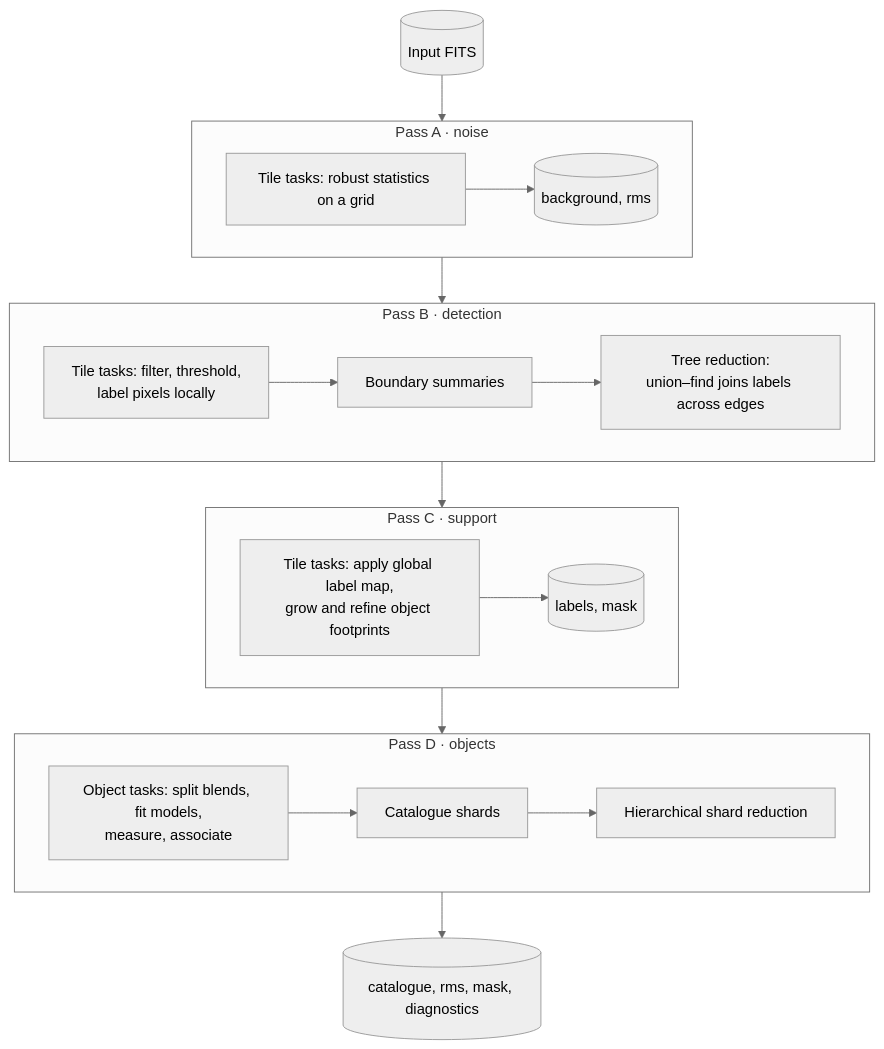
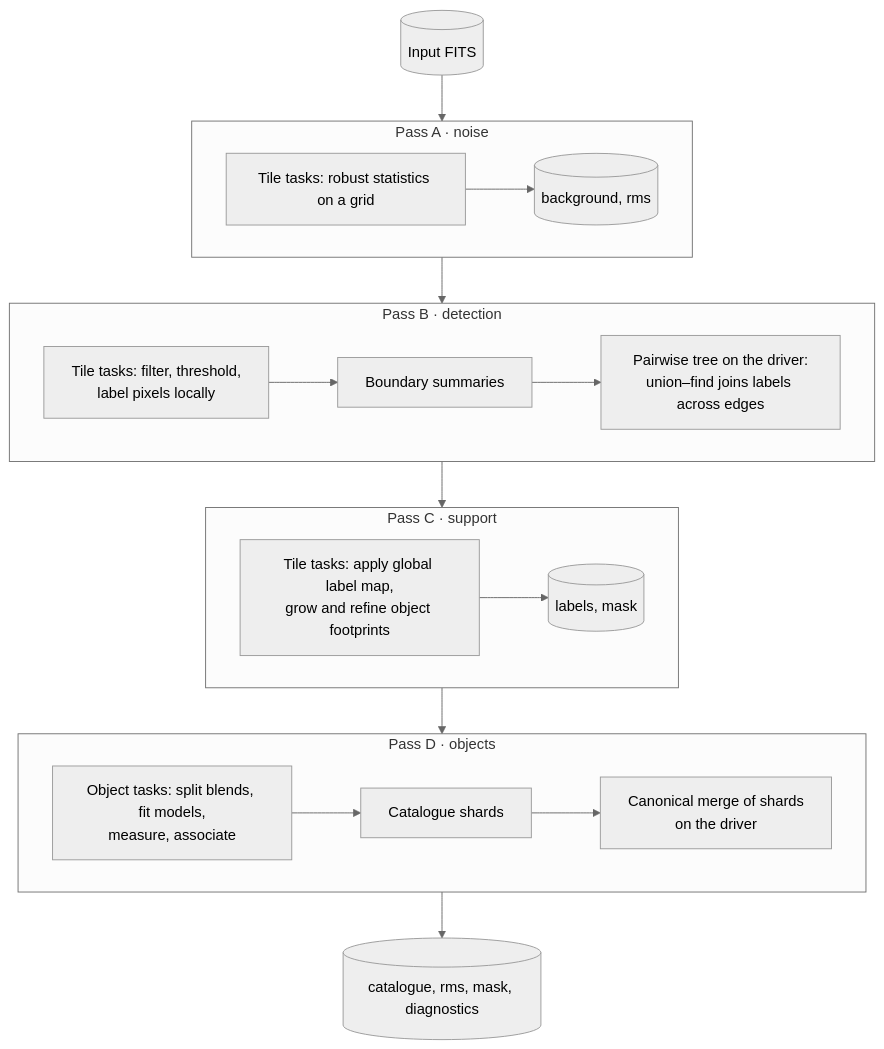
Before and after one commit to gemmadanks/hebog: the third of 3 diagrams in docs/architecture/distributed-execution.md, drawn with Mermaid (neutral theme). The commit also changed other lines of this file and 30 other files, not shown here.

````diff
--- a/docs/architecture/distributed-execution.md
+++ b/docs/architecture/distributed-execution.md
@@ -138,21 +142,21 @@
 ```mermaid
 flowchart TD
     fits[("Input FITS")]
     subgraph A["Pass A · noise"]
         a1["Tile tasks: robust statistics on a grid"] --> a2[("background, rms")]
     end
     subgraph B["Pass B · detection"]
         b1["Tile tasks: filter, threshold,<br/>label pixels locally"] --> b2["Boundary summaries"]
-        b2 --> b3["Tree reduction:<br/>union–find joins labels across edges"]
+        b2 --> b3["Pairwise tree on the driver:<br/>union–find joins labels across edges"]
     end
     subgraph C["Pass C · support"]
         c1["Tile tasks: apply global label map,<br/>grow and refine object footprints"] --> c2[("labels, mask")]
     end
     subgraph D["Pass D · objects"]
         d1["Object tasks: split blends, fit models,<br/>measure, associate"] --> d2["Catalogue shards"]
-        d2 --> d3["Hierarchical shard reduction"]
+        d2 --> d3["Canonical merge of shards<br/>on the driver"]
     end
     out[("catalogue, rms, mask, diagnostics")]
 
     fits --> A --> B --> C --> D --> out
 ```
````
